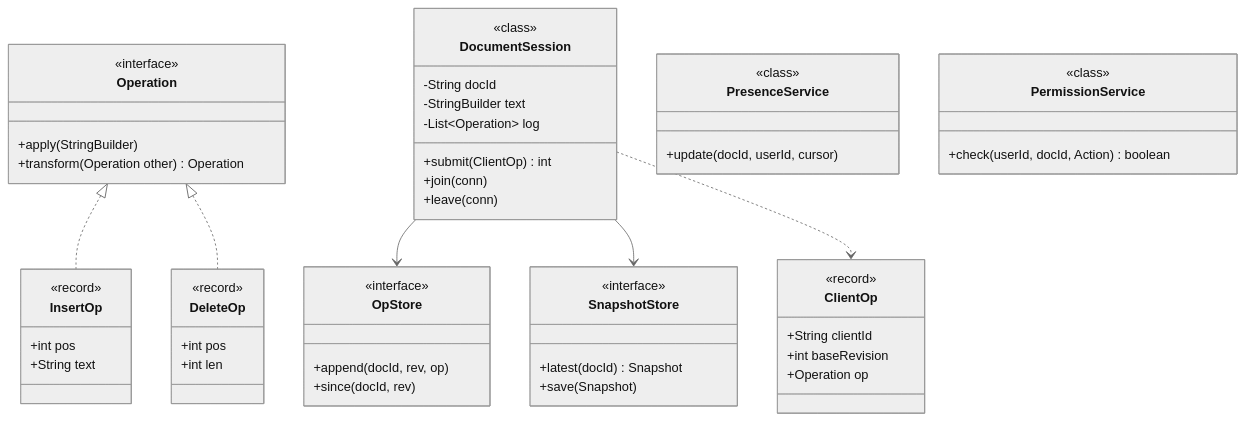
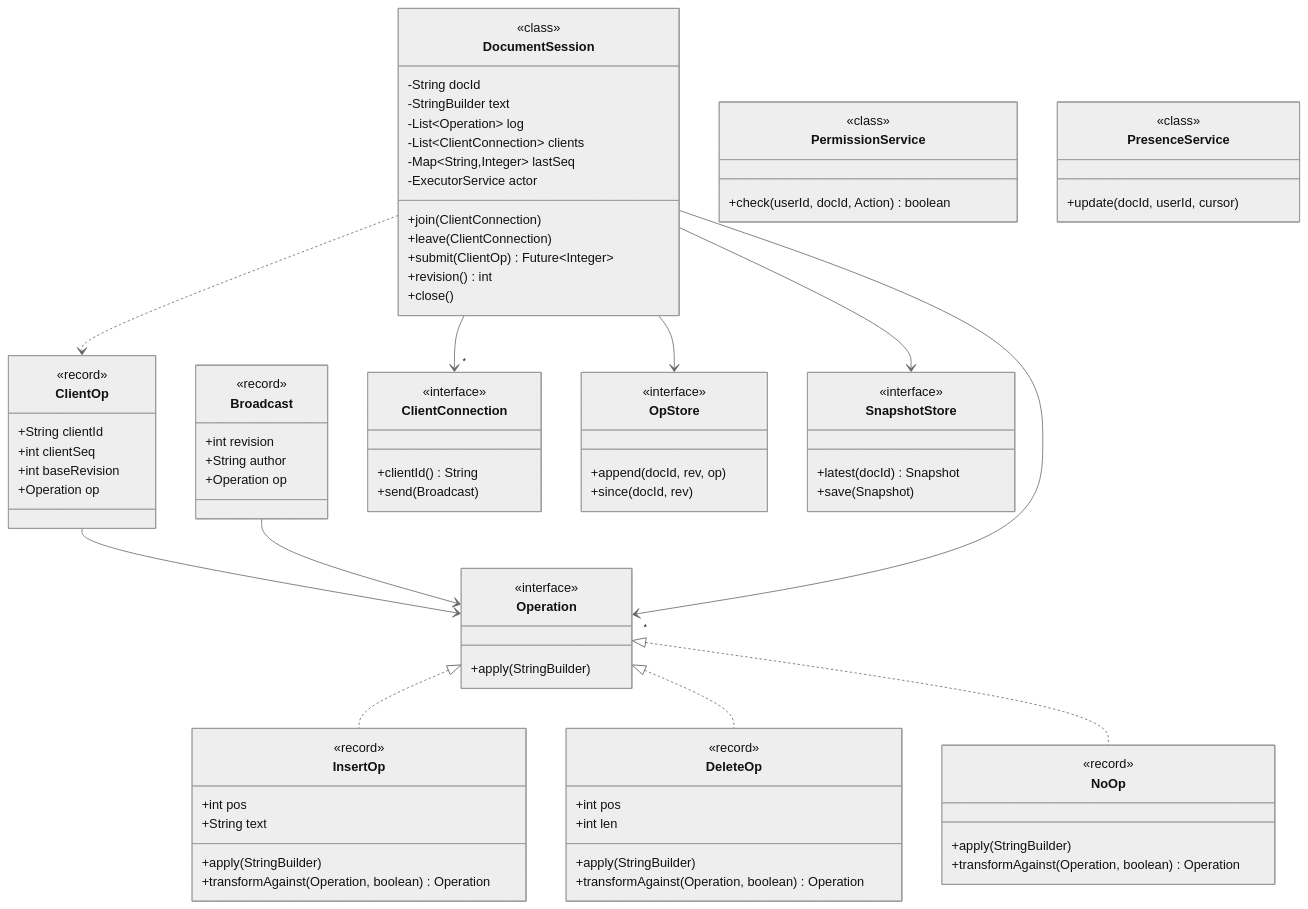
One commit to amarkum/amarkumar.guru changed the first of 2 diagrams in system-design/lld/17-google-docs.md. Above: the diagram before and after it, drawn with Mermaid (neutral theme). The commit also changed 27 other files, not shown here.

Commit message:
Rebuild every UML class diagram from its Java code, add a notes progress tracker, and make diagrams readable with zoom and a legend.

````diff
--- a/system-design/lld/17-google-docs.md
+++ b/system-design/lld/17-google-docs.md
@@ -52,71 +52,84 @@
     class Operation {
       <<interface>>
       +apply(StringBuilder)
-      +transform(Operation other) Operation
+    }
+    class NoOp {
+      <<record>>
+      +apply(StringBuilder)
+      +transformAgainst(Operation, boolean) Operation
     }
     class InsertOp {
+      <<record>>
       +int pos
       +String text
+      +apply(StringBuilder)
+      +transformAgainst(Operation, boolean) Operation
     }
     class DeleteOp {
+      <<record>>
       +int pos
       +int len
+      +apply(StringBuilder)
+      +transformAgainst(Operation, boolean) Operation
     }
     class ClientOp {
+      <<record>>
       +String clientId
+      +int clientSeq
       +int baseRevision
       +Operation op
     }
+    class Broadcast {
+      <<record>>
+      +int revision
+      +String author
+      +Operation op
+    }
+    class ClientConnection {
+      <<interface>>
+      +clientId() String
+      +send(Broadcast)
+    }
     class DocumentSession {
+      <<class>>
       -String docId
       -StringBuilder text
       -List~Operation~ log
-      +submit(ClientOp) int
-      +join(conn)
-      +leave(conn)
+      -List~ClientConnection~ clients
+      -Map~String,Integer~ lastSeq
+      -ExecutorService actor
+      +join(ClientConnection)
+      +leave(ClientConnection)
+      +submit(ClientOp) Future~Integer~
+      +revision() int
+      +close()
     }
     class OpStore {
       <<interface>>
       +append(docId, rev, op)
       +since(docId, rev)
     }
-    class SnapshotStore {
-      <<interface>>
-      +latest(docId) Snapshot
-      +save(Snapshot)
+    class PermissionService {
+      <<class>>
+      +check(userId, docId, Action) boolean
     }
     class PresenceService {
       <<class>>
       +update(docId, userId, cursor)
     }
-    class PermissionService {
-      <<class>>
-      +check(userId, docId, Action) boolean
+    class SnapshotStore {
+      <<interface>>
+      +latest(docId) Snapshot
+      +save(Snapshot)
     }
     Operation <|.. InsertOp
     Operation <|.. DeleteOp
     DocumentSession --> OpStore
     DocumentSession --> SnapshotStore
     DocumentSession ..> ClientOp
-    class DocumentSession {
-      <<class>>
-    }
-    class ClientOp {
-      <<record>>
-    }
-    class SnapshotStore {
-      <<class>>
-    }
-    class OpStore {
-      <<class>>
-    }
-    class Operation {
-      <<interface>>
-    }
-    class DeleteOp {
-      <<record>>
-    }
-    class InsertOp {
-      <<record>>
-    }
+    Operation <|.. NoOp
+    ClientOp --> Operation
+    Broadcast --> Operation
+    DocumentSession --> "*" Operation
+    DocumentSession --> "*" ClientConnection
 ```
````
